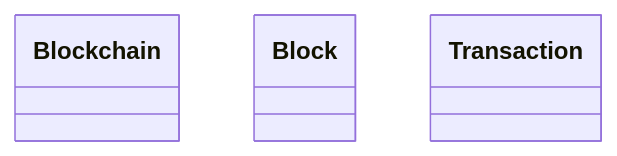
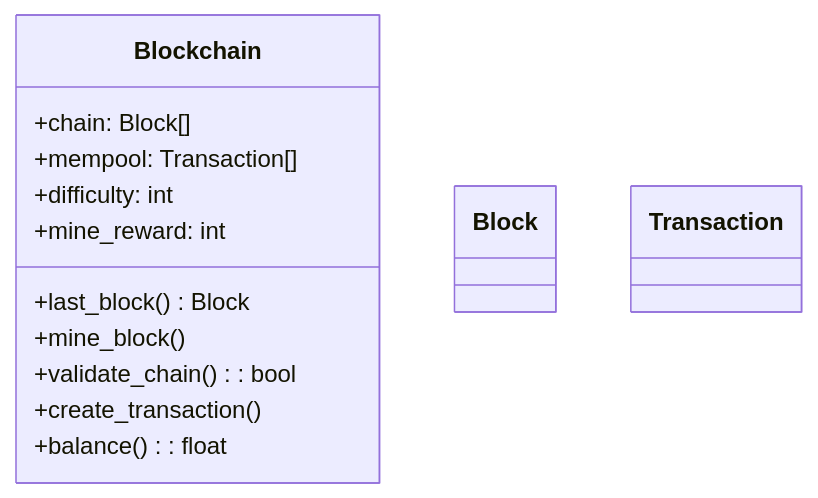
One commit to Salvador025/Crypto changed the diagram in UML.md. Above: the diagram before and after it, drawn with Mermaid.

Commit message:
UML class Blockhain v1

````diff
--- a/UML.md
+++ b/UML.md
@@ -3,14 +3,23 @@
 ```mermaid
 classDiagram
     class Blockchain{
+        +chain: Block[]
+        +mempool: Transaction[]
+        +difficulty: int
+        +mine_reward: int
+        +last_block() Block
+        +mine_block()
+        +validate_chain(): bool
+        +create_transaction()
+        +balance(): float
 
     }
 
     class Block{
 
     }
 
     class Transaction{
 
     }
 ```
````
